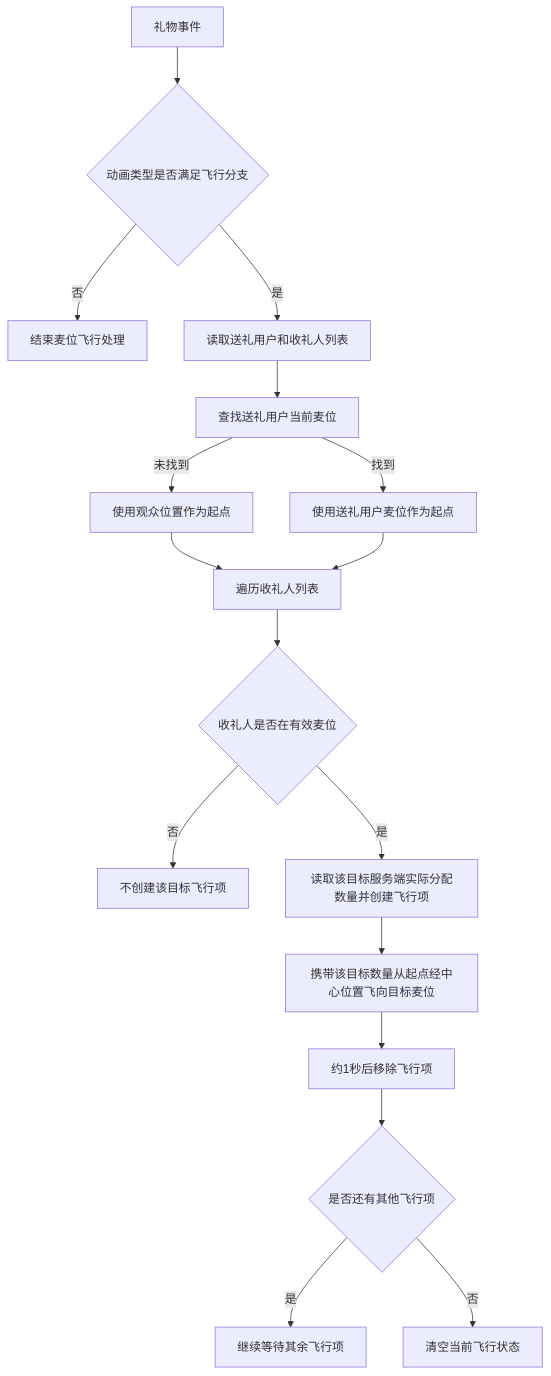
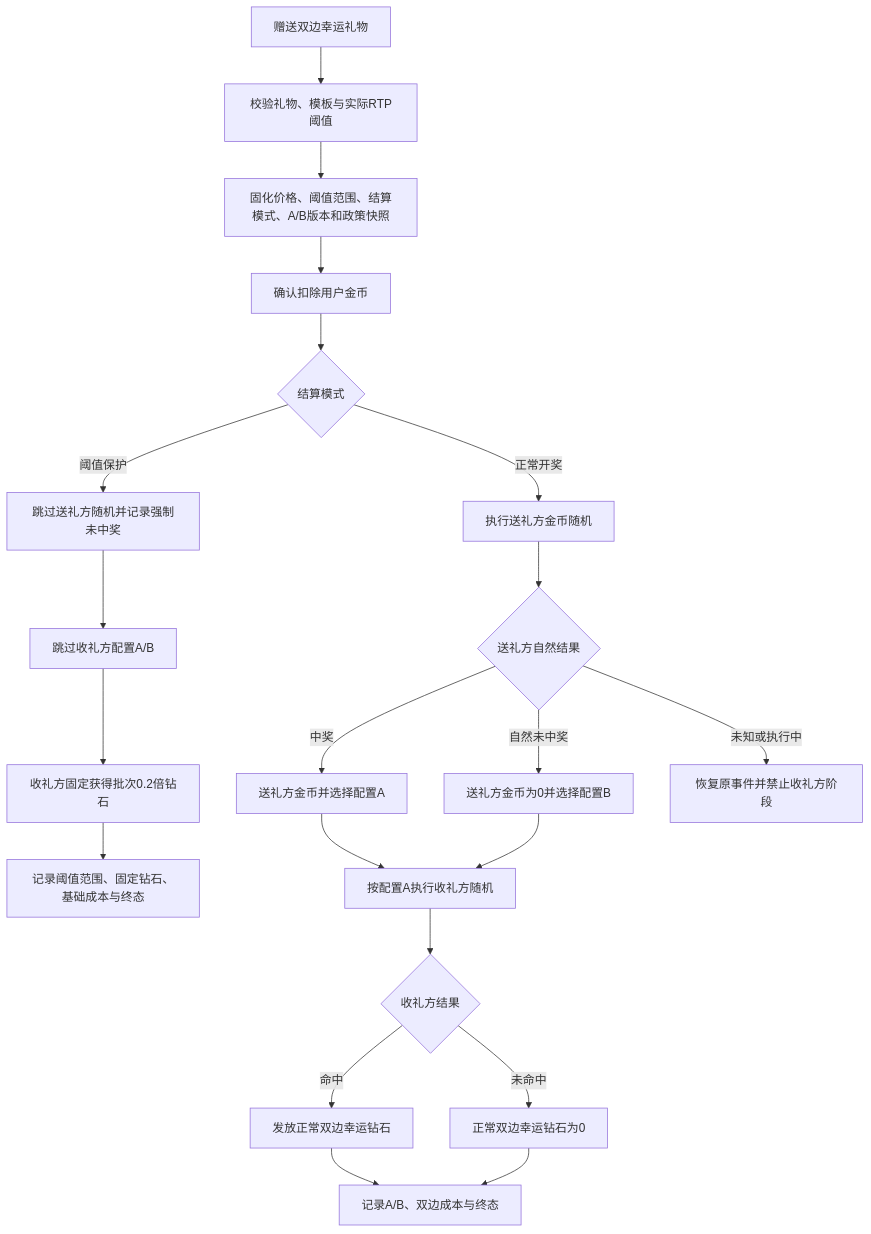
One commit to kocekid/LuckGift1.0 changed the sixth of 7 diagrams in 幸运礼物1.0_核心逻辑需求文档.md. Above: the diagram before and after it, drawn with Mermaid. The commit also changed other lines of this file, not shown here.

````diff
--- a/幸运礼物1.0_核心逻辑需求文档.md
+++ b/幸运礼物1.0_核心逻辑需求文档.md
@@ -971,19 +439,23 @@
 ```mermaid
 flowchart TD
-    A[礼物事件] --> B{动画类型是否满足飞行分支}
-    B -->|否| C[结束麦位飞行处理]
-    B -->|是| D[读取送礼用户和收礼人列表]
-    D --> E[查找送礼用户当前麦位]
-    E -->|未找到| F[使用观众位置作为起点]
-    E -->|找到| G[使用送礼用户麦位作为起点]
-    F --> H[遍历收礼人列表]
-    G --> H
-    H --> I{收礼人是否在有效麦位}
-    I -->|否| J[不创建该目标飞行项]
-    I -->|是| K[读取该目标服务端实际分配数量并创建飞行项]
-    K --> L[携带该目标数量从起点经中心位置飞向目标麦位]
-    L --> M[约1秒后移除飞行项]
-    M --> N{是否还有其他飞行项}
-    N -->|是| O[继续等待其余飞行项]
-    N -->|否| P[清空当前飞行状态]
+    A[赠送双边幸运礼物] --> B[校验礼物、模板与实际RTP阈值]
+    B --> C[固化价格、阈值范围、结算模式、A/B版本和政策快照]
+    C --> D[确认扣除用户金币]
+    D --> E{结算模式}
+    E -->|阈值保护| F[跳过送礼方随机并记录强制未中奖]
+    F --> G[跳过收礼方配置A/B]
+    G --> H[收礼方固定获得批次0.2倍钻石]
+    E -->|正常开奖| I[执行送礼方金币随机]
+    I --> J{送礼方自然结果}
+    J -->|中奖| K[送礼方金币并选择配置A]
+    J -->|自然未中奖| L[送礼方金币为0并选择配置B]
+    J -->|未知或执行中| M[恢复原事件并禁止收礼方阶段]
+    K --> N[按配置A执行收礼方随机]
+    L --> N
+    N --> O{收礼方结果}
+    O -->|命中| P[发放正常双边幸运钻石]
+    O -->|未命中| Q[正常双边幸运钻石为0]
+    H --> R[记录阈值范围、固定钻石、基础成本与终态]
+    P --> S[记录A/B、双边成本与终态]
+    Q --> S
 ```
````
